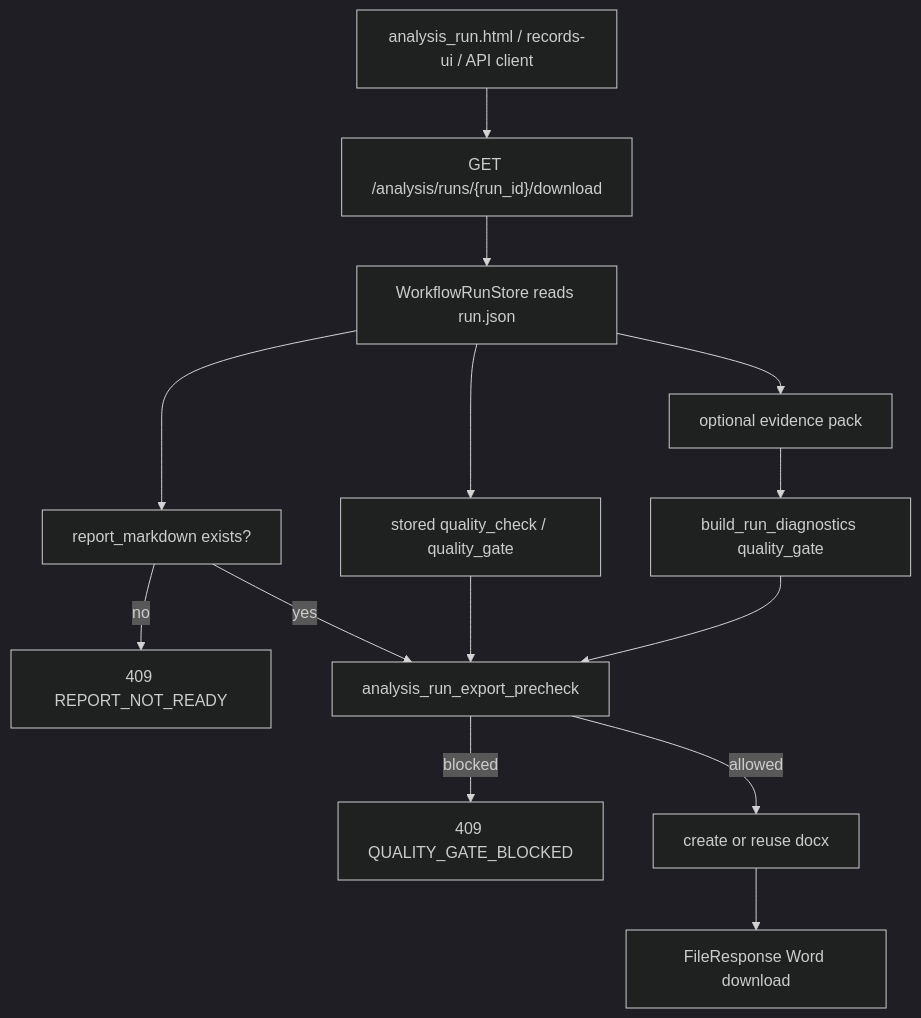
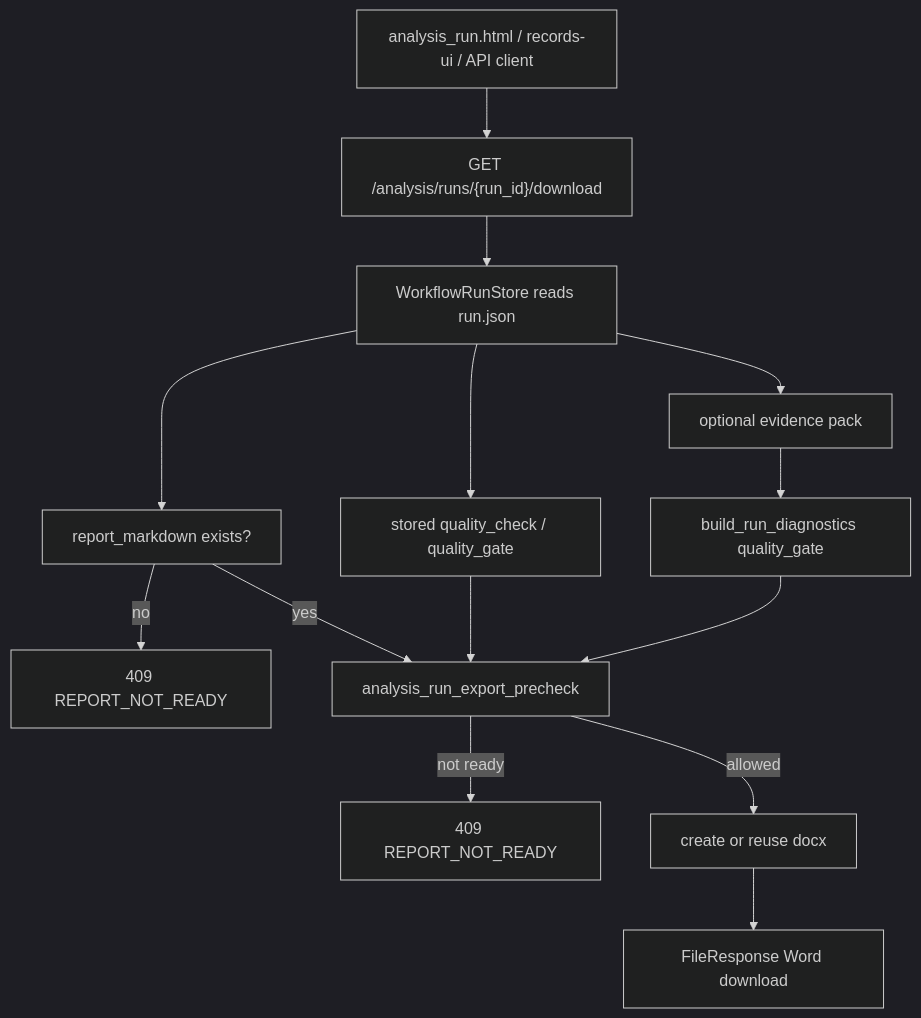
One commit to xllearn/8099 changed the fifth of 12 diagrams in medical-notice-analyzer/docs/architecture_evolution.md. Above: the diagram before and after it, drawn with Mermaid (dark theme). The commit also changed other lines of this file and 12 other files, not shown here.

````diff
--- a/medical-notice-analyzer/docs/architecture_evolution.md
+++ b/medical-notice-analyzer/docs/architecture_evolution.md
@@ -158,16 +158,16 @@
 ```mermaid
 flowchart TD
     A["analysis_run.html / records-ui / API client"] --> B["GET /analysis/runs/{run_id}/download"]
     B --> C["WorkflowRunStore reads run.json"]
     C --> D["report_markdown exists?"]
     D -- "no" --> E["409 REPORT_NOT_READY"]
     D -- "yes" --> F["analysis_run_export_precheck"]
     C --> G["stored quality_check / quality_gate"]
     C --> H["optional evidence pack"]
     H --> I["build_run_diagnostics quality_gate"]
     G --> F
     I --> F
-    F -- "blocked" --> J["409 QUALITY_GATE_BLOCKED"]
+    F -- "not ready" --> J["409 REPORT_NOT_READY"]
     F -- "allowed" --> K["create or reuse docx"]
     K --> L["FileResponse Word download"]
 ```
````
